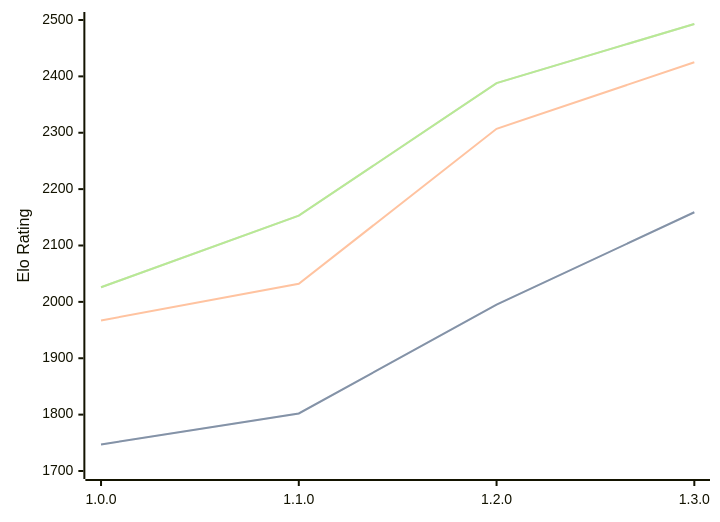
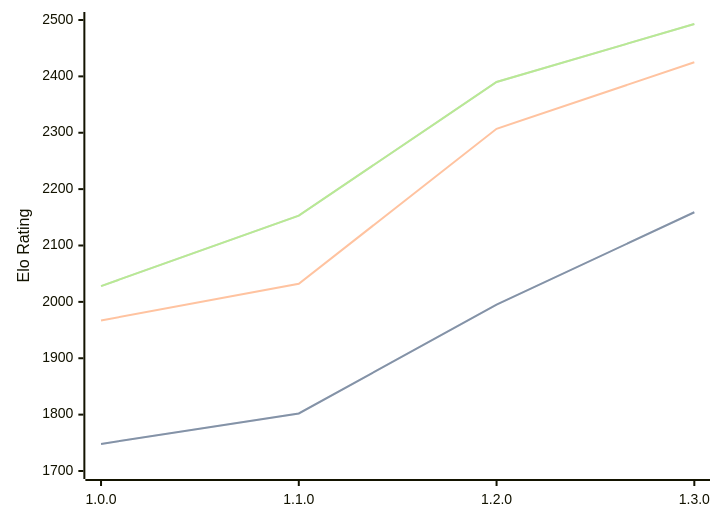
Before and after one commit to computer-chess-index/cci: the diagram in engines/Anodos.md, drawn with Mermaid. The commit also changed other lines of this file, not shown here.

Commit message:
Update CCI Ratings (ELO VLTC) - 2026-09-06

````diff
--- a/engines/Anodos.md
+++ b/engines/Anodos.md
@@ -34,11 +34,11 @@
 ```mermaid
 %%{init: {"theme":"base","themeVariables":{"seriesColors:['#a3a3a3','#222221','#faa371']}}}%%
 xychart-beta
   x-axis ["1.0.0", "1.1.0", "1.2.0", "1.3.0"]
   y-axis "Elo Rating" 1700 --> 2500
-  line "" [1747, 1802, 1995, 2159]
-  line "STC (8.0+0.08s)" [1747, 1802, 1995, 2159]
+  line "" [1748, 1802, 1995, 2159]
+  line "STC (8.0+0.08s)" [1748, 1802, 1995, 2159]
   line "LTC (60.0+0.60s)" [1967, 2032, 2307, 2425]
-  line "" [2026, 2153, 2388, 2493]
-  line "VLTC (2m24s+1.12s)" [2026, 2153, 2388, 2493]
+  line "" [2028, 2153, 2390, 2493]
+  line "VLTC (2m24s+1.12s)" [2028, 2153, 2390, 2493]
 ```
````
